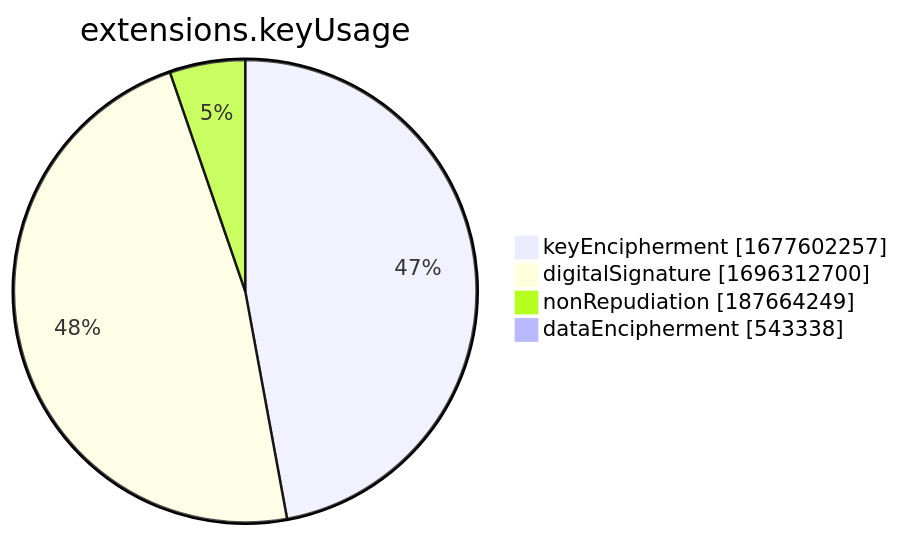
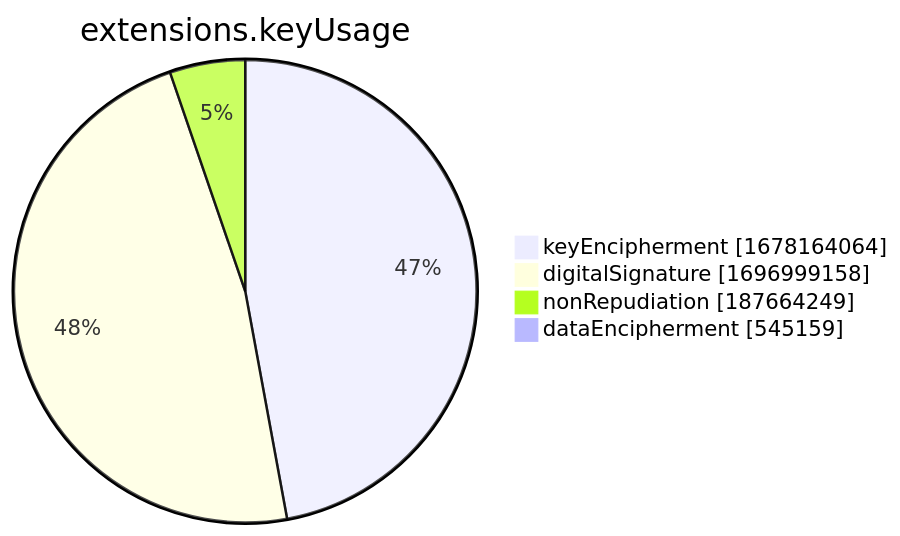
Before and after one commit to christiankrug/ctmonitor_visualization: the seventh of 15 diagrams in xenon2022/README.md, drawn with Mermaid. The commit also changed other lines of this file, not shown here.

````diff
--- a/xenon2022/README.md
+++ b/xenon2022/README.md
@@ -2857,8 +2857,8 @@
 ```mermaid
 pie showData
 title extensions.keyUsage
-"keyEncipherment" :1677602257
-"digitalSignature" :1696312700
+"keyEncipherment" :1678164064
+"digitalSignature" :1696999158
 "nonRepudiation" :187664249
-"dataEncipherment" :543338
+"dataEncipherment" :545159
 ```
````
